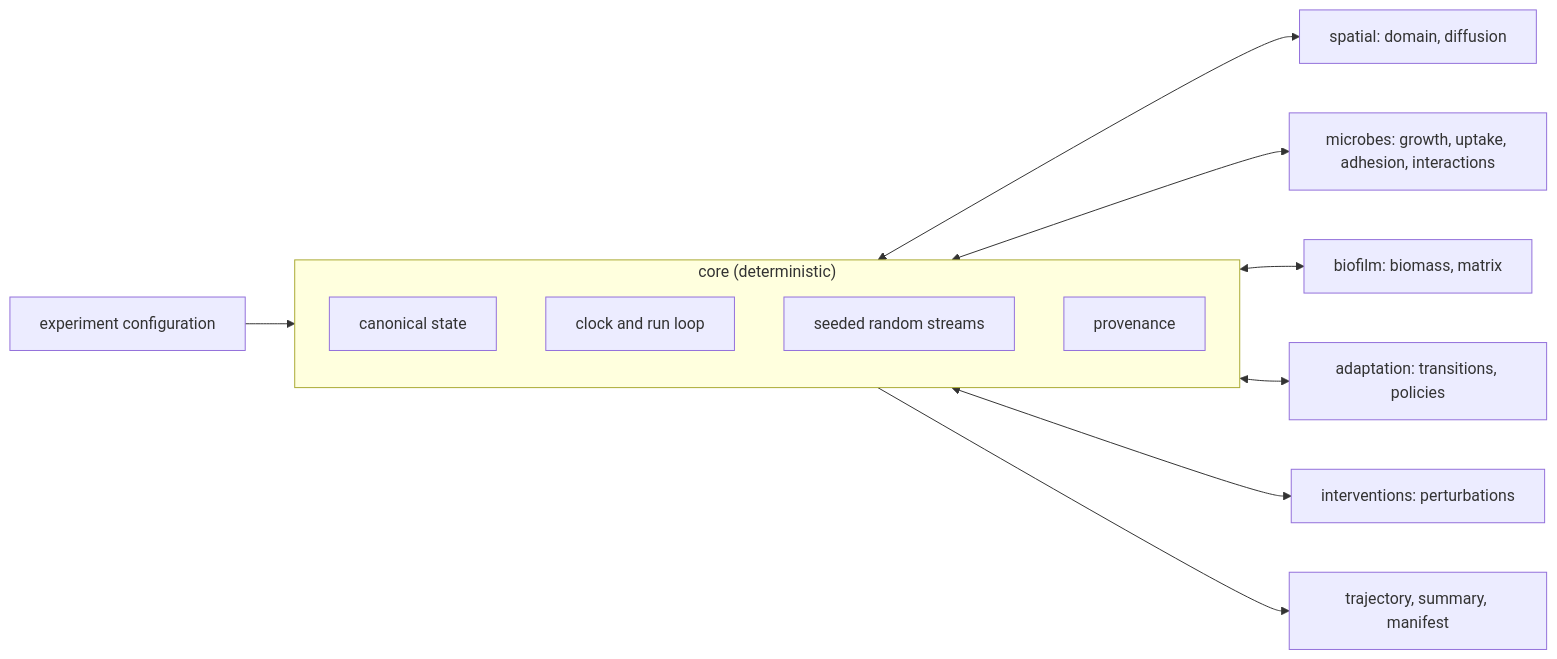
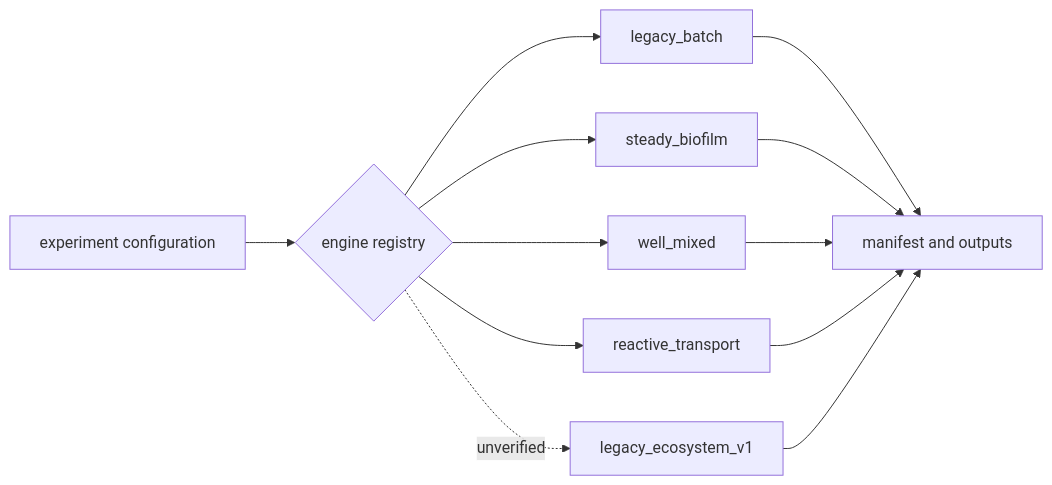
Before and after one commit to Y3K5/MARSE: the diagram in docs/architecture.md, drawn with Mermaid. The commit also changed other lines of this file and 51 other files, not shown here.

````diff
--- a/docs/architecture.md
+++ b/docs/architecture.md
@@ -16,16 +25,14 @@
 ```mermaid
 flowchart LR
-    config["experiment configuration"] --> core
-    subgraph core["core (deterministic)"]
-        state["canonical state"]
-        loop["clock and run loop"]
-        rng["seeded random streams"]
-        prov["provenance"]
-    end
-    core <--> spatial["spatial: domain, diffusion"]
-    core <--> microbes["microbes: growth, uptake, adhesion, interactions"]
-    core <--> biofilm["biofilm: biomass, matrix"]
-    core <--> adaptation["adaptation: transitions, policies"]
-    core <--> interventions["interventions: perturbations"]
-    core --> outputs["trajectory, summary, manifest"]
+    config["experiment configuration"] --> registry
+    registry{"engine registry"} --> batch["legacy_batch"]
+    registry --> biofilm["steady_biofilm"]
+    registry --> mixed["well_mixed"]
+    registry --> space["reactive_transport"]
+    registry -. unverified .-> v1["legacy_ecosystem_v1"]
+    batch --> outputs["manifest and outputs"]
+    biofilm --> outputs
+    mixed --> outputs
+    space --> outputs
+    v1 --> outputs
 ```
````
